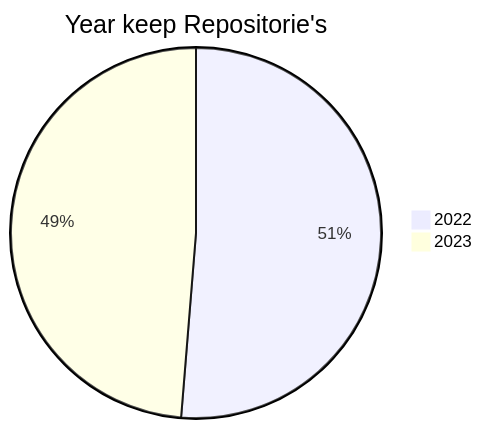
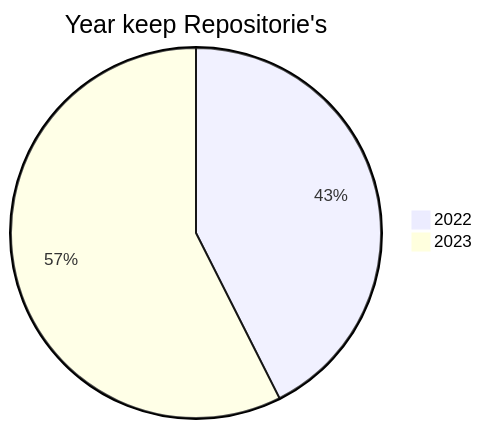
The second of 2 diagrams in README.md (BackdevHong/YOC), drawn with Mermaid before and after one commit. The commit also changed other lines of this file, not shown here.

````diff
--- a/README.md
+++ b/README.md
@@ -13,5 +13,5 @@
 ```mermaid
 pie title Year keep Repositorie's
     "2022" : 20
-    "2023" : 19
+    "2023" : 27
 ```
````
